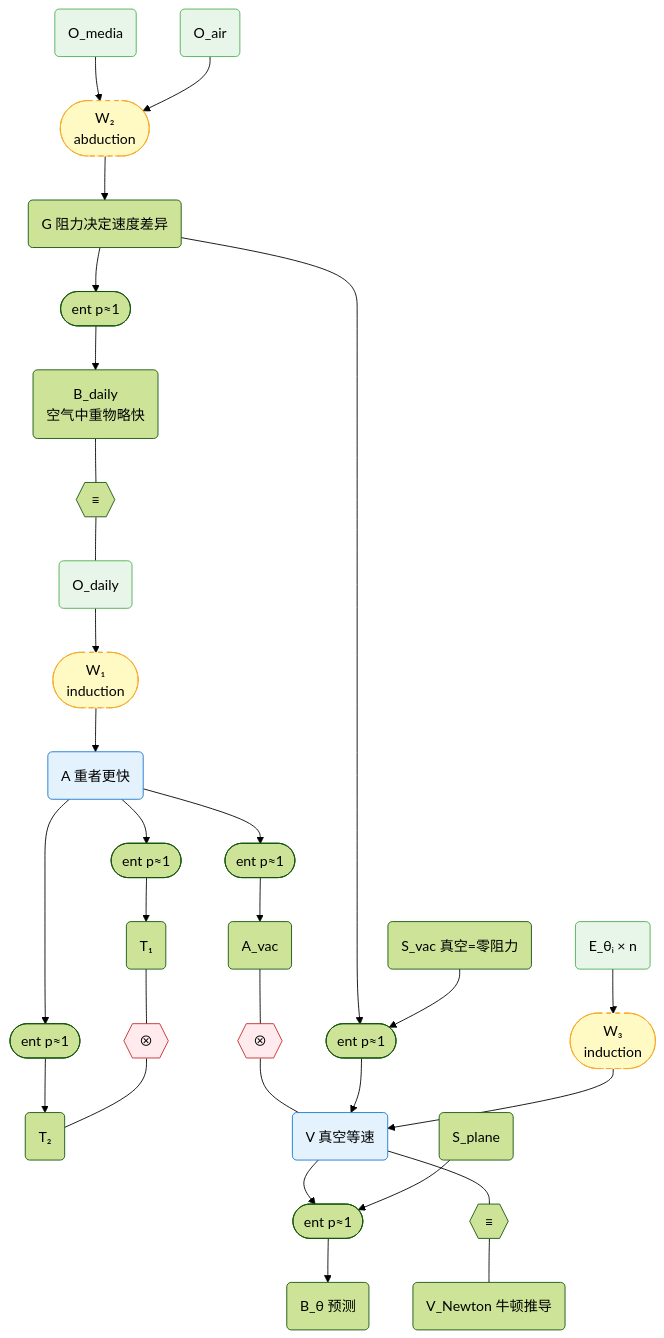
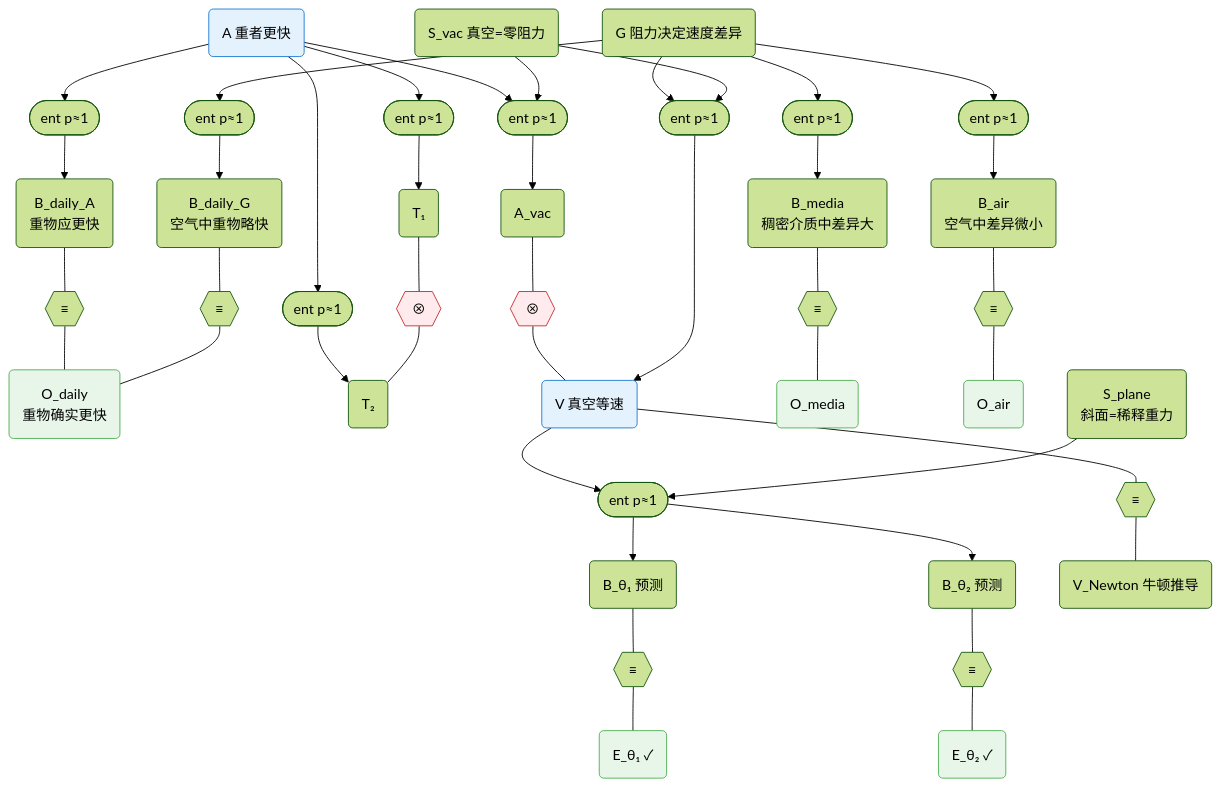
Before and after one commit to newtontech/Gaia: the ninth of 9 diagrams in docs/foundations/theory/science-formalization.md, drawn with Mermaid (forest theme). The commit also changed other lines of this file, not shown here.

Commit message:
docs: fully expand assembled graph — remove all weakpoint factor nodes
Replace W₁/W₂/W₃ collapsed weakpoint nodes with their sub-graph
structures (entailment + equivalence). O_daily is now a shared
observation node between A and G, making the explaining away
structure explicit in the factor graph.

````diff
--- a/docs/foundations/theory/science-formalization.md
+++ b/docs/foundations/theory/science-formalization.md
@@ -352,35 +352,47 @@
 ```mermaid
 graph TD
-    %% ===== Logic path (refute A) =====
-    Odaily("O_daily"):::obs --> w1(["W₁<br/>induction"]):::weak --> A("A 重者更快"):::concl
-    A --> fA1(["ent p≈1"]) --> T1("T₁")
-    A --> fA2(["ent p≈1"]) --> T2("T₂")
+    %% ===== W₁ expanded: A supported by daily observations (induction) =====
+    A("A 重者更快"):::concl --> fAd(["ent p≈1"]) --> Bad("B_daily_A<br/>重物应更快")
+    Bad --- eqd1{{"≡"}} --- Odaily("O_daily<br/>重物确实更快"):::obs
+
+    %% ===== A → T₁⊗T₂ contradiction =====
+    A --> fAT1(["ent p≈1"]) --> T1("T₁")
+    A --> fAT2(["ent p≈1"]) --> T2("T₂")
     T1 --- c1{{"⊗"}}:::contra --- T2
-    A --> fAvac(["ent p≈1"]) --> Avac("A_vac")
+
+    %% ===== A + S_vac → A_vac ⊗ V =====
+    A --> fAvac(["ent p≈1"])
+    Svac("S_vac 真空=零阻力") --> fAvac
+    fAvac --> Avac("A_vac")
     Avac --- c2{{"⊗"}}:::contra --- V
 
-    %% ===== Observation path (W₂ abduction expanded) =====
-    Omedia("O_media"):::obs --> w2(["W₂<br/>abduction"]):::weak --> G("G 阻力决定速度差异")
-    Oair("O_air"):::obs --> w2
-    G --> f1(["ent p≈1"])
-    Svac("S_vac 真空=零阻力") --> f1
-    f1 --> V("V 真空等速"):::concl
+    %% ===== W₂ Part a expanded: observations → G (abduction) =====
+    G("G 阻力决定速度差异") --> fGm(["ent p≈1"]) --> Bm("B_media<br/>稠密介质中差异大")
+    G --> fGa(["ent p≈1"]) --> Ba("B_air<br/>空气中差异微小")
+    Bm --- eqm{{"≡"}} --- Omedia("O_media"):::obs
+    Ba --- eqa{{"≡"}} --- Oair("O_air"):::obs
+
+    %% ===== W₂ Part b: G + S_vac → V (entailment) =====
+    G --> fGV(["ent p≈1"])
+    Svac --> fGV
+    fGV --> V("V 真空等速"):::concl
 
     %% ===== G explains O_daily (explaining away) =====
-    G --> fGd(["ent p≈1"]) --> Bdaily("B_daily<br/>空气中重物略快")
-    Bdaily --- eqd{{"≡"}} --- Odaily
+    G --> fGd(["ent p≈1"]) --> Bdaily("B_daily_G<br/>空气中重物略快")
+    Bdaily --- eqd2{{"≡"}} --- Odaily
 
-    %% ===== Experiment path (W₃ induction expanded) =====
-    V --> f2(["ent p≈1"])
-    Sp("S_plane") --> f2
-    f2 --> Btheta("B_θ 预测")
-    Etheta("E_θᵢ × n"):::obs --> w3(["W₃<br/>induction"]):::weak --> V
+    %% ===== W₃ expanded: experiments → V (induction) =====
+    V --> fVt(["ent p≈1"])
+    Sp("S_plane<br/>斜面=稀释重力") --> fVt
+    fVt --> Bt1("B_θ₁ 预测")
+    fVt --> Bt2("B_θ₂ 预测")
+    Bt1 --- eqt1{{"≡"}} --- Et1("E_θ₁ ✓"):::obs
+    Bt2 --- eqt2{{"≡"}} --- Et2("E_θ₂ ✓"):::obs
 
-    %% ===== Constraints =====
+    %% ===== Cross-package equivalence =====
     V --- veq{{"≡"}} --- VN("V_Newton 牛顿推导")
 
     classDef obs fill:#e8f5e9,stroke:#4caf50
     classDef concl fill:#e3f2fd,stroke:#1976d2
     classDef contra fill:#ffebee,stroke:#c62828
-    classDef weak fill:#fff9c4,stroke:#f9a825,stroke-dasharray: 5 5
 ```
````
